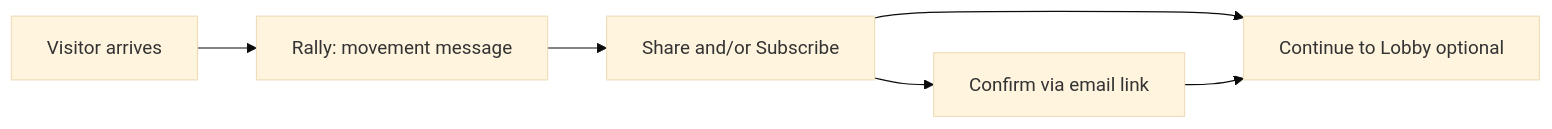
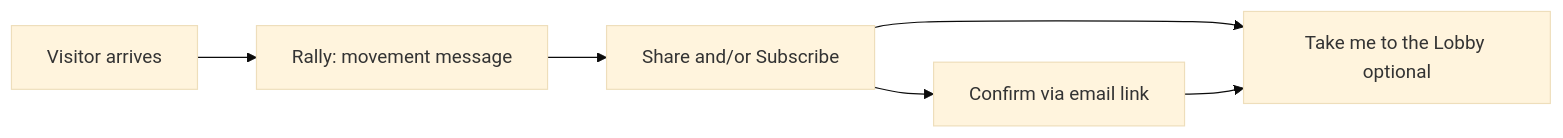
Before and after one commit to powerbackus/powerback: the second of 2 diagrams in specs/rally-page.md, drawn with Mermaid (base theme). The commit also changed other lines of this file and 3 other files, not shown here.

````diff
--- a/specs/rally-page.md
+++ b/specs/rally-page.md
@@ -215,14 +215,14 @@
 ```mermaid
 flowchart LR
   Arrive[Visitor arrives]
   Rally[Rally: movement message]
   ShareOrEmail[Share and/or Subscribe]
   Confirm[Confirm via email link]
-  Lobby[Continue to Lobby optional]
+  Lobby[Take me to the Lobby optional]
 
   Arrive --> Rally
   Rally --> ShareOrEmail
   ShareOrEmail --> Confirm
   ShareOrEmail --> Lobby
   Confirm --> Lobby
 ```
````
